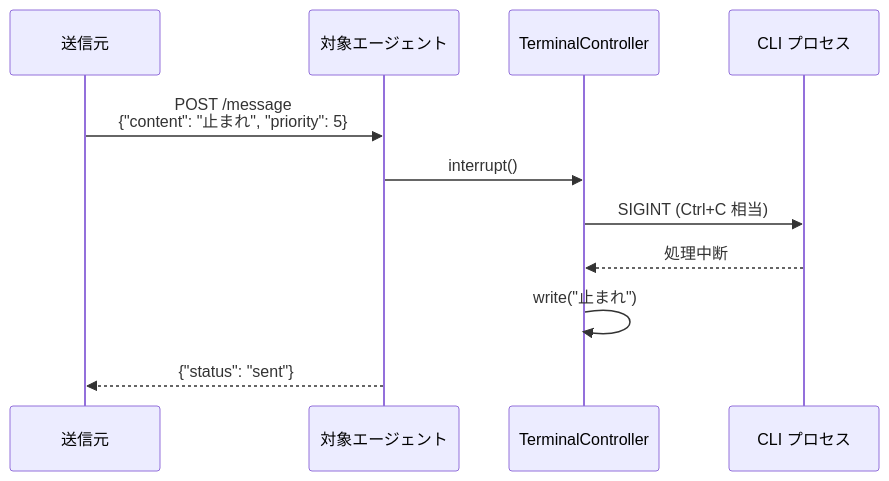
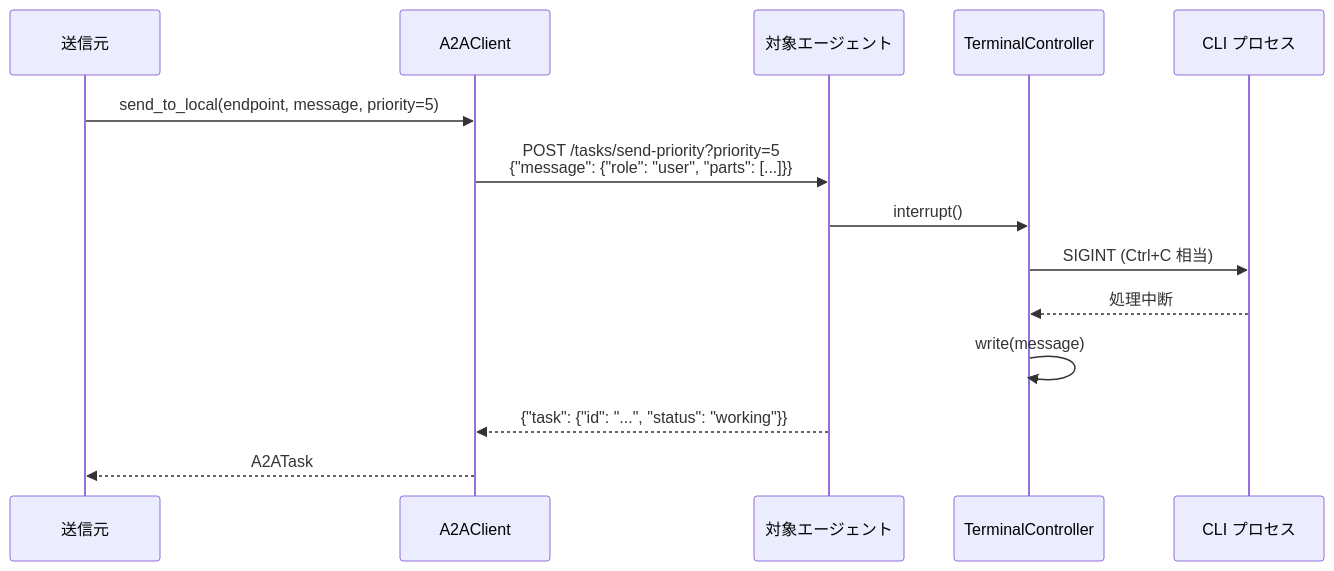
One commit to s-hiraoku/synapse-a2a changed diagram 13 of 18 in guides/architecture.md. Above: the diagram before and after it, drawn with Mermaid. The commit also changed other lines of this file and 4 other files, not shown here.

````diff
--- a/guides/architecture.md
+++ b/guides/architecture.md
@@ -418,14 +519,17 @@
 ```mermaid
 sequenceDiagram
     participant Sender as 送信元
+    participant A2AClient as A2AClient
     participant Target as 対象エージェント
     participant TC as TerminalController
     participant Process as CLI プロセス
 
-    Sender->>Target: POST /message<br/>{"content": "止まれ", "priority": 5}
+    Sender->>A2AClient: send_to_local(endpoint, message, priority=5)
+    A2AClient->>Target: POST /tasks/send-priority?priority=5<br/>{"message": {"role": "user", "parts": [...]}}
     Target->>TC: interrupt()
     TC->>Process: SIGINT (Ctrl+C 相当)
     Process-->>TC: 処理中断
-    TC->>TC: write("止まれ")
-    Target-->>Sender: {"status": "sent"}
+    TC->>TC: write(message)
+    Target-->>A2AClient: {"task": {"id": "...", "status": "working"}}
+    A2AClient-->>Sender: A2ATask
 ```
````
